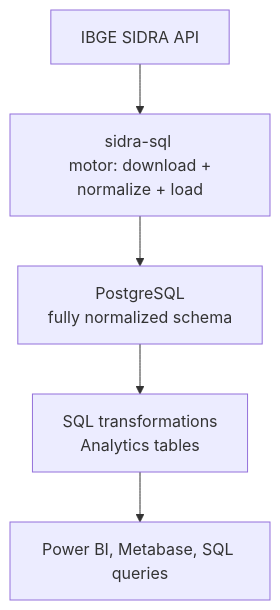
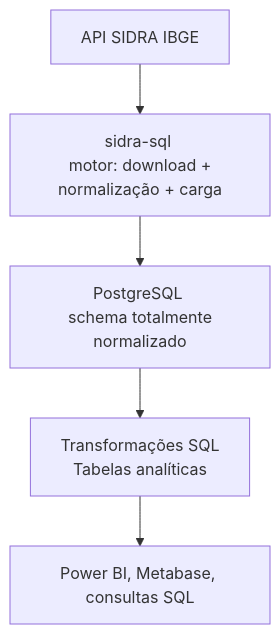
Before and after one commit to Quantilica/docs: the second of 3 diagrams in docs/ibge/index.md, drawn with Mermaid. The commit also changed other lines of this file and 31 other files, not shown here.

````diff
--- a/docs/ibge/index.md
+++ b/docs/ibge/index.md
@@ -62,7 +62,7 @@
 ```mermaid
 graph TD
-    A[IBGE SIDRA API] --> B[sidra-sql <br/> motor: download + normalize + load]
-    B --> C[PostgreSQL <br/> fully normalized schema]
-    C --> D[SQL transformations <br/> Analytics tables]
-    D --> E[Power BI, Metabase, SQL queries]
+    A[API SIDRA IBGE] --> B[sidra-sql <br/> motor: download + normalização + carga]
+    B --> C[PostgreSQL <br/> schema totalmente normalizado]
+    C --> D[Transformações SQL <br/> Tabelas analíticas]
+    D --> E[Power BI, Metabase, consultas SQL]
 ```
````
